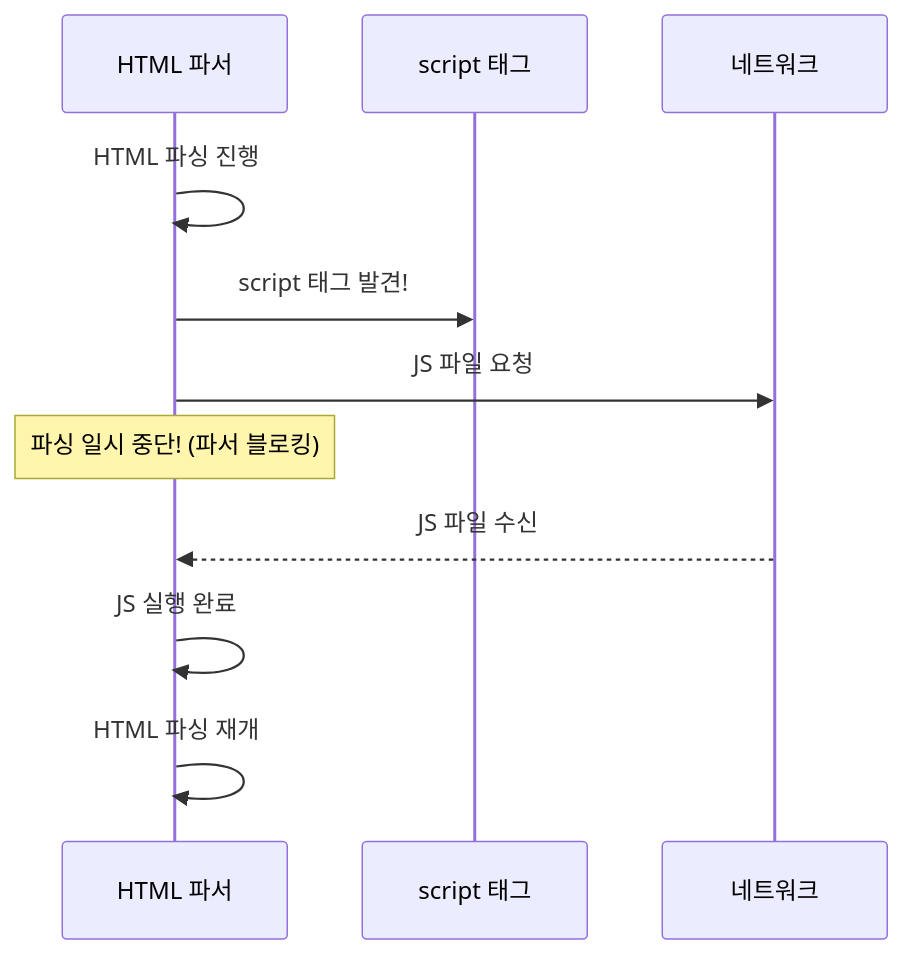
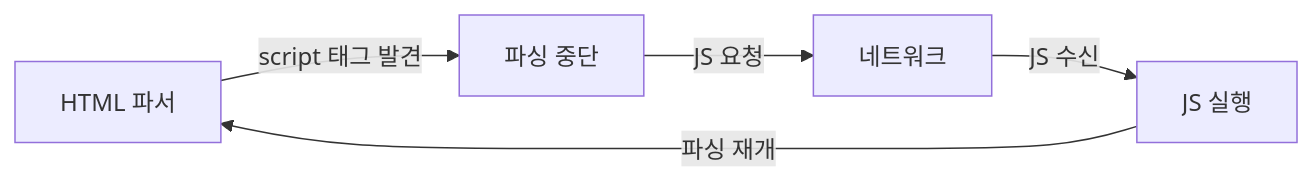
The fourth of 10 diagrams in _posts/frontend/2026-05-02-browser-rendering.md (yjkim2015/yjkim2015.github.io), drawn with Mermaid before and after one commit. The commit also changed 50 other files, not shown here.

First line of the commit message:
stateDiagram 11개 graph LR 변환 + 테이블 빈 셀 17개 수정

````diff
--- a/_posts/frontend/2026-05-02-browser-rendering.md
+++ b/_posts/frontend/2026-05-02-browser-rendering.md
@@ -91,13 +91,7 @@
 ```mermaid
-sequenceDiagram
-    participant PARSER as HTML 파서
-    participant SCRIPT as script 태그
-    participant NETWORK as 네트워크
-    PARSER->>PARSER: HTML 파싱 진행
-    PARSER->>SCRIPT: script 태그 발견!
-    PARSER->>NETWORK: JS 파일 요청
-    Note over PARSER: 파싱 일시 중단! (파서 블로킹)
-    NETWORK-->>PARSER: JS 파일 수신
-    PARSER->>PARSER: JS 실행 완료
-    PARSER->>PARSER: HTML 파싱 재개
+graph LR
+    PARSER["HTML 파서"] -->|"script 태그 발견"| BLOCK["파싱 중단"]
+    BLOCK -->|"JS 요청"| NETWORK["네트워크"]
+    NETWORK -->|"JS 수신"| EXEC["JS 실행"]
+    EXEC -->|"파싱 재개"| PARSER
 ```
````
